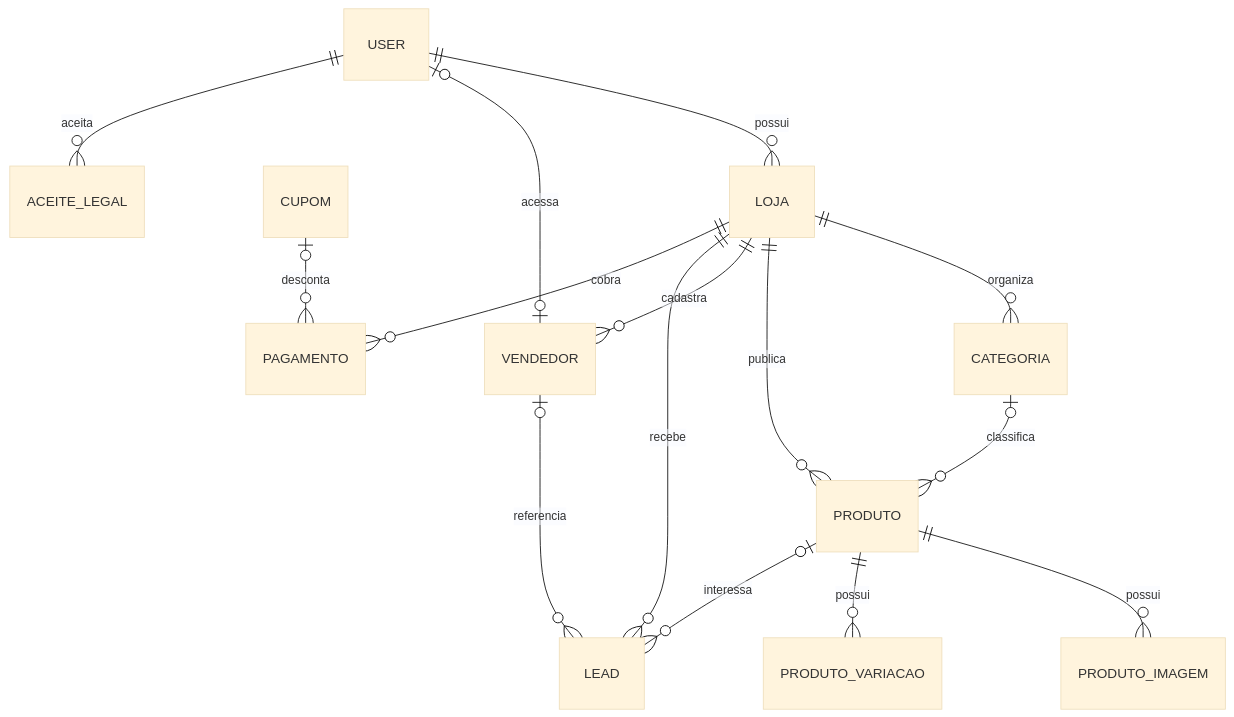
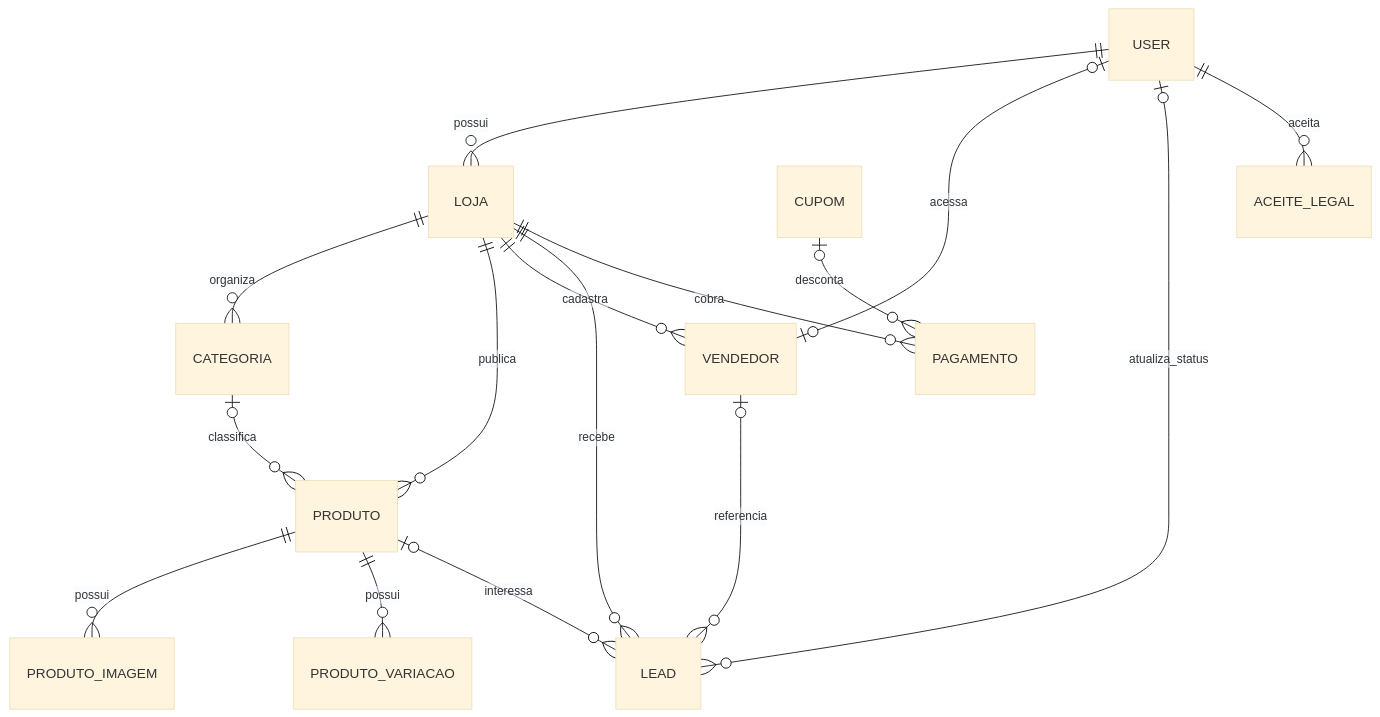
Before and after one commit to igorcastro1010/vestlink: the diagram in cofre/vestlink/02 - Banco de Dados/modelo-de-dados.md, drawn with Mermaid (base theme). The commit also changed other lines of this file and 6 other files, not shown here.

````diff
--- a/cofre/vestlink/02 - Banco de Dados/modelo-de-dados.md
+++ b/cofre/vestlink/02 - Banco de Dados/modelo-de-dados.md
@@ -16,17 +16,18 @@
 ```mermaid
 erDiagram
     USER ||--o{ LOJA : possui
     USER o|--o| VENDEDOR : acessa
     LOJA ||--o{ CATEGORIA : organiza
     LOJA ||--o{ PRODUTO : publica
     CATEGORIA o|--o{ PRODUTO : classifica
     PRODUTO ||--o{ PRODUTO_IMAGEM : possui
     PRODUTO ||--o{ PRODUTO_VARIACAO : possui
     LOJA ||--o{ VENDEDOR : cadastra
     LOJA ||--o{ LEAD : recebe
     VENDEDOR o|--o{ LEAD : referencia
+    USER o|--o{ LEAD : atualiza_status
     PRODUTO o|--o{ LEAD : interessa
     LOJA ||--o{ PAGAMENTO : cobra
     CUPOM o|--o{ PAGAMENTO : desconta
     USER ||--o{ ACEITE_LEGAL : aceita
 ```
````
